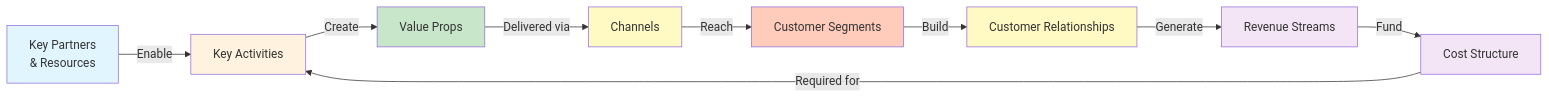
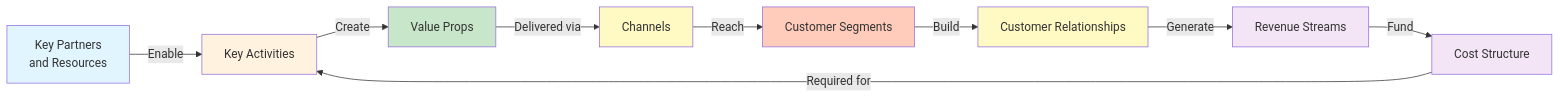
One commit to tableaprogramming-rgb/business-model-canvas changed the second of 3 diagrams in Business_Model_Canvas_Guide.md. Above: the diagram before and after it, drawn with Mermaid. The commit also changed other lines of this file and 2 other files, not shown here.

Commit message:
Fix Mermaid diagram syntax errors - remove special characters, HTML tags, and special symbols

````diff
--- a/Business_Model_Canvas_Guide.md
+++ b/Business_Model_Canvas_Guide.md
@@ -75,20 +75,20 @@
 ```mermaid
 graph LR
-    A["Key Partners<br/>& Resources"] -->|Enable| B["Key Activities"]
+    A["Key Partners<br/>and Resources"] -->|Enable| B["Key Activities"]
     B -->|Create| C["Value Props"]
     C -->|Delivered via| D["Channels"]
     D -->|Reach| E["Customer Segments"]
     E -->|Build| F["Customer Relationships"]
     F -->|Generate| G["Revenue Streams"]
     G -->|Fund| H["Cost Structure"]
     H -->|Required for| B
 
     style A fill:#e1f5ff
     style B fill:#fff3e0
     style C fill:#c8e6c9
     style D fill:#fff9c4
     style E fill:#ffccbc
     style F fill:#fff9c4
     style G fill:#f3e5f5
     style H fill:#f3e5f5
 ```
````
